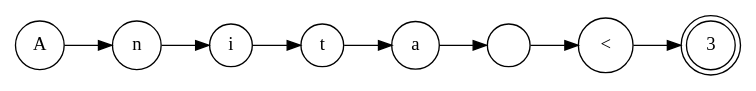
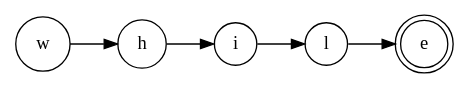
The diagram in automata.dot (AngelSonVicente/PracticaLenguajes), drawn with Graphviz before and after one commit. The commit also changed 13 other files, not shown here.

```diff
--- a/automata.dot
+++ b/automata.dot
@@ -1,18 +1,12 @@
 digraph G {  
  	rankdir=LR;
-  0 [label="A", shape=circle, width=0.15];
-  1 [label="n", shape=circle, width=0.15];
+  0 [label="w", shape=circle, width=0.15];
+  1 [label="h", shape=circle, width=0.15];
   2 [label="i", shape=circle, width=0.15];
-  3 [label="t", shape=circle, width=0.15];
-  4 [label="a", shape=circle, width=0.15];
-  5 [label=" ", shape=circle, width=0.15];
-  6 [label="<", shape=circle, width=0.15];
-  7 [label="3", shape=doublecircle,width=0.15];
+  3 [label="l", shape=circle, width=0.15];
+  4 [label="e", shape=doublecircle,width=0.15];
   0 -> 1;
   1 -> 2;
   2 -> 3;
   3 -> 4;
-  4 -> 5;
-  5 -> 6;
-  6 -> 7;
 }
```
